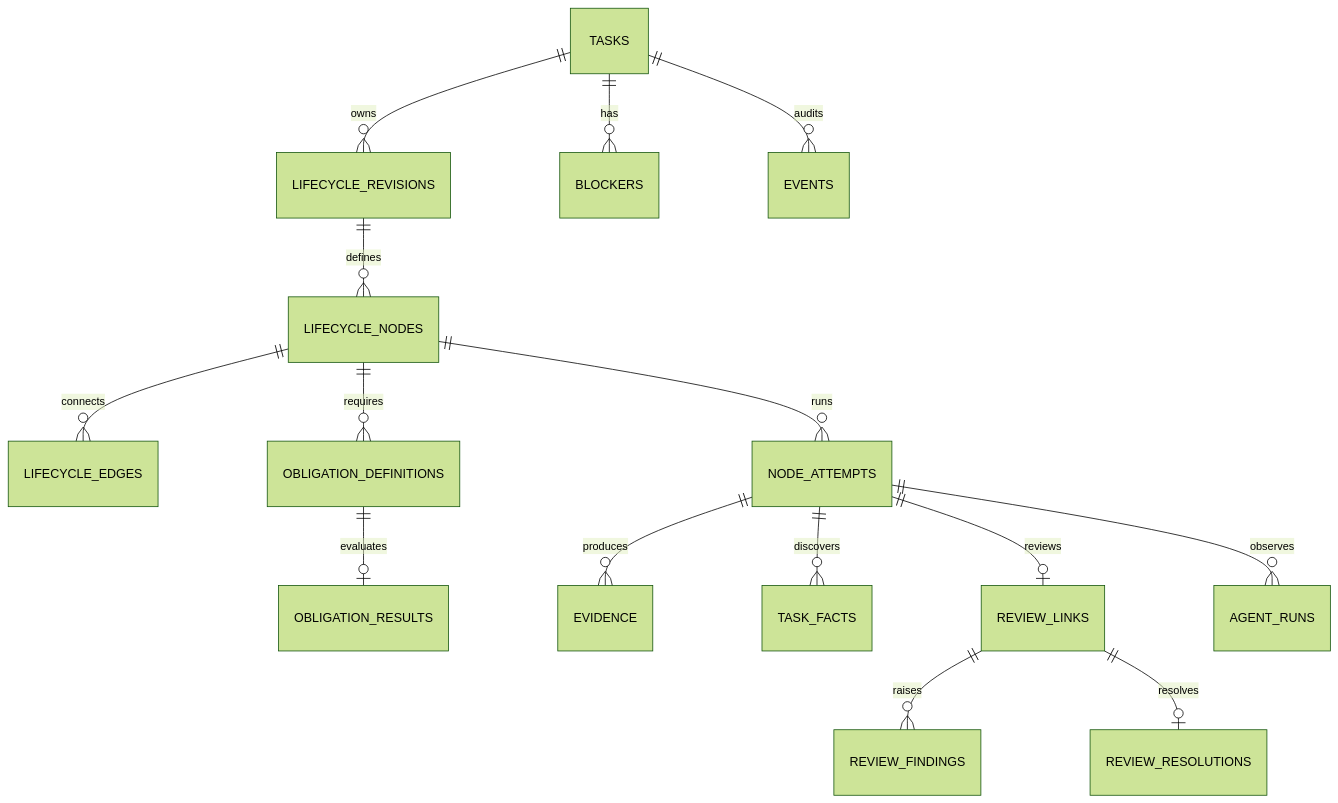
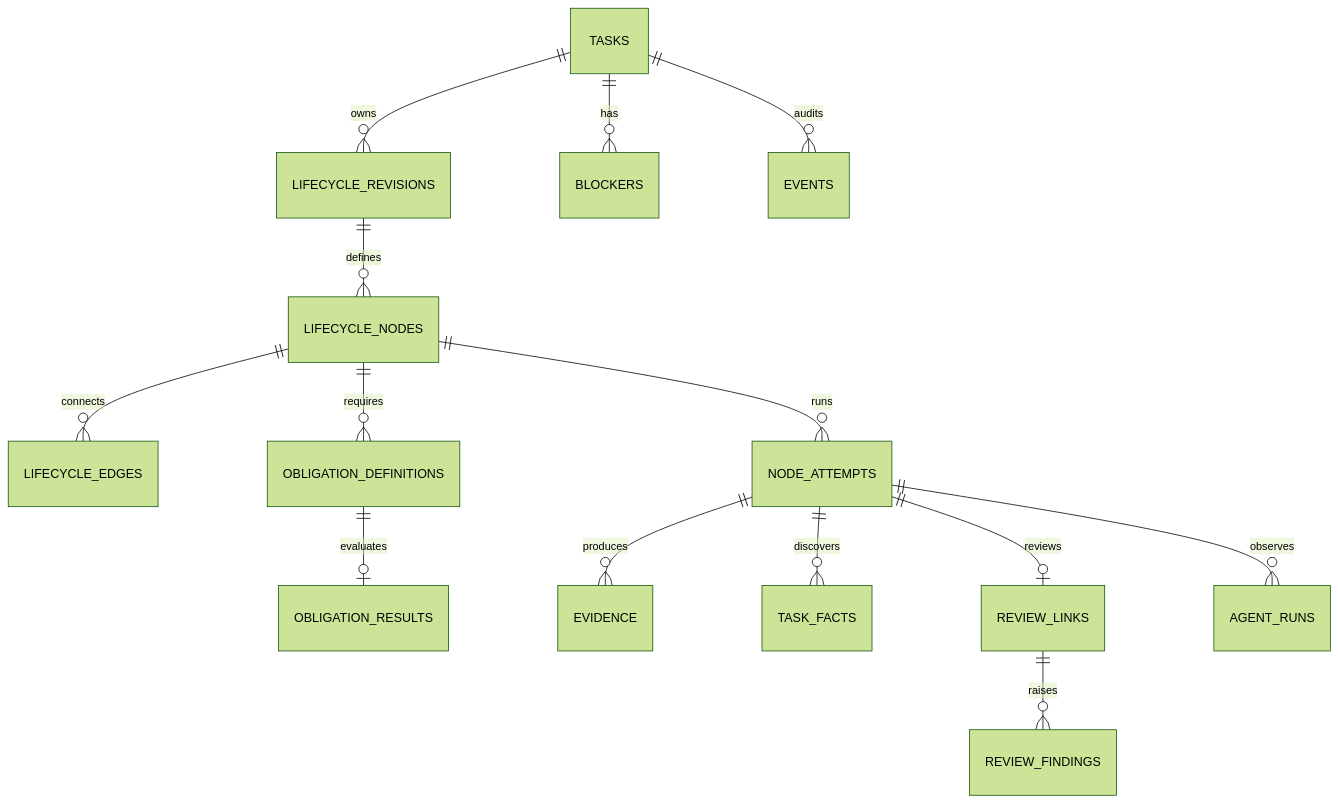
Before and after one commit to ttizzyf/taskcraft: the second of 2 diagrams in development/specs/architecture.md, drawn with Mermaid (forest theme). The commit also changed other lines of this file and 18 other files, not shown here.

````diff
--- a/development/specs/architecture.md
+++ b/development/specs/architecture.md
@@ -72,17 +77,16 @@
 ```mermaid
 erDiagram
     TASKS ||--o{ LIFECYCLE_REVISIONS : owns
     LIFECYCLE_REVISIONS ||--o{ LIFECYCLE_NODES : defines
     LIFECYCLE_NODES ||--o{ LIFECYCLE_EDGES : connects
     LIFECYCLE_NODES ||--o{ OBLIGATION_DEFINITIONS : requires
     LIFECYCLE_NODES ||--o{ NODE_ATTEMPTS : runs
     NODE_ATTEMPTS ||--o{ EVIDENCE : produces
     NODE_ATTEMPTS ||--o{ TASK_FACTS : discovers
     NODE_ATTEMPTS ||--o| REVIEW_LINKS : reviews
     REVIEW_LINKS ||--o{ REVIEW_FINDINGS : raises
-    REVIEW_LINKS ||--o| REVIEW_RESOLUTIONS : resolves
     OBLIGATION_DEFINITIONS ||--o| OBLIGATION_RESULTS : evaluates
     TASKS ||--o{ BLOCKERS : has
     NODE_ATTEMPTS ||--o{ AGENT_RUNS : observes
     TASKS ||--o{ EVENTS : audits
 ```
````
